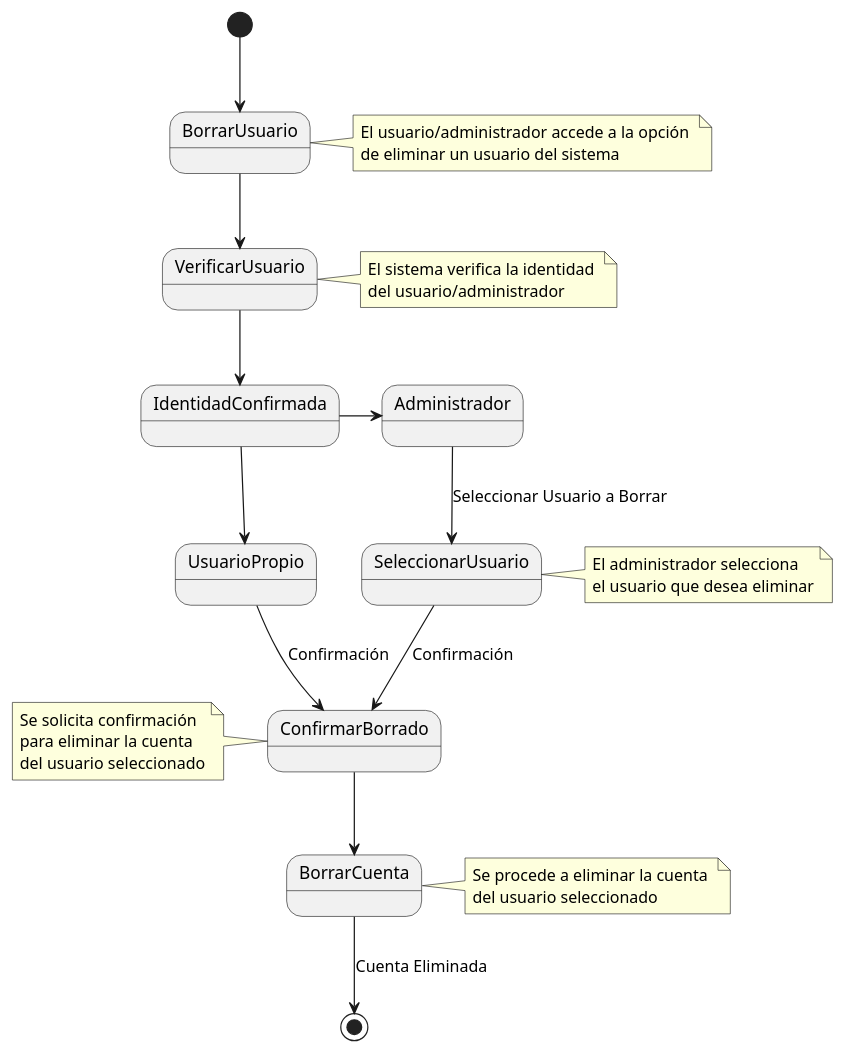
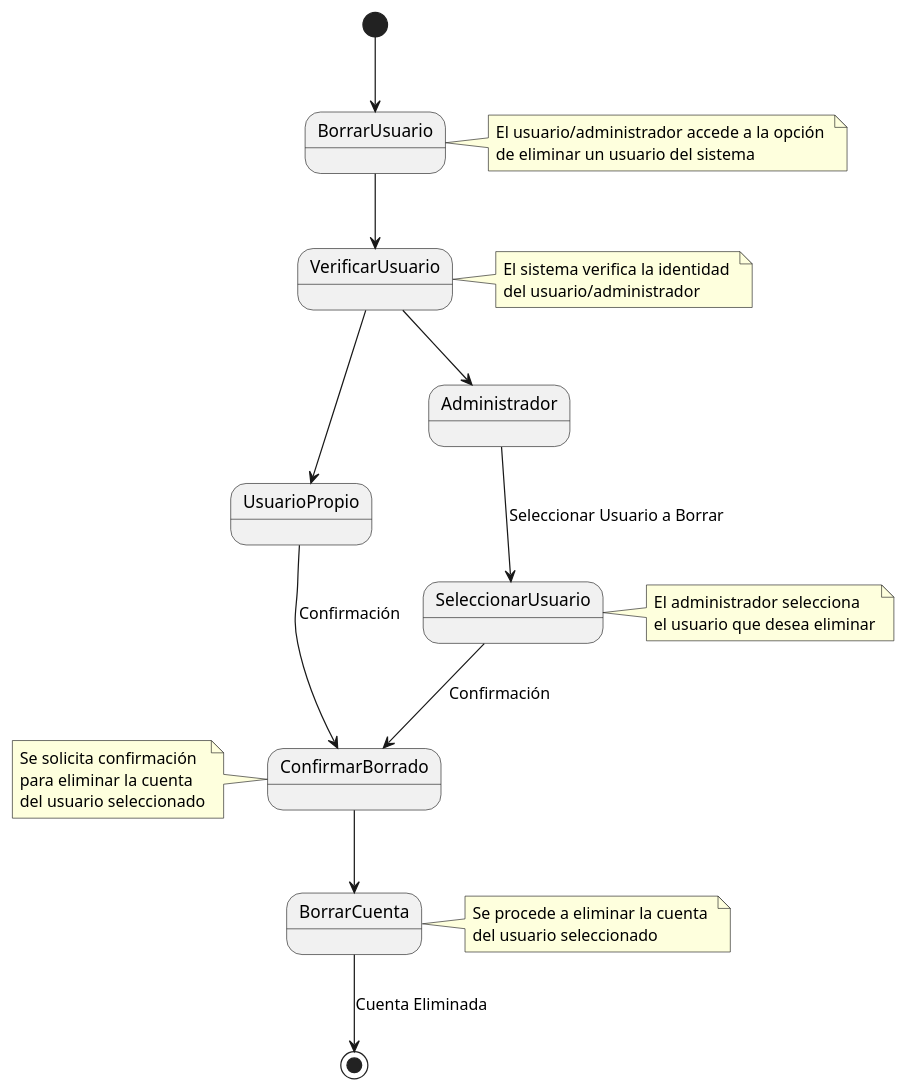
Before and after one commit to pablarce/23-24-IdSw1-SDR: the diagram in CasosDeUso/CduDetallados/CduUsuarios/BorrarUsuario.puml, drawn with PlantUML. The commit also changed 1 other file, not shown here.

Commit message:
.svg del Cdu BorrarUsuario & update .puml

```diff
--- a/CasosDeUso/CduDetallados/CduUsuarios/BorrarUsuario.puml
+++ b/CasosDeUso/CduDetallados/CduUsuarios/BorrarUsuario.puml
@@ -1,44 +1,43 @@
 @startuml
 
 [*] --> BorrarUsuario
 note right of BorrarUsuario
  El usuario/administrador accede a la opción 
  de eliminar un usuario del sistema
 end note
 
 BorrarUsuario --> VerificarUsuario
 note right of VerificarUsuario
  El sistema verifica la identidad 
  del usuario/administrador
 end note
 
-VerificarUsuario --> IdentidadConfirmada
 
-IdentidadConfirmada --> UsuarioPropio
-IdentidadConfirmada -> Administrador
+VerificarUsuario --> UsuarioPropio
+VerificarUsuario --> Administrador
 
 UsuarioPropio --> ConfirmarBorrado : Confirmación
 
 
 Administrador --> SeleccionarUsuario : Seleccionar Usuario a Borrar
 note right of SeleccionarUsuario
  El administrador selecciona 
  el usuario que desea eliminar
 end note
 
 SeleccionarUsuario --> ConfirmarBorrado : Confirmación
 note left of ConfirmarBorrado
  Se solicita confirmación 
  para eliminar la cuenta 
  del usuario seleccionado
 end note
 
 ConfirmarBorrado --> BorrarCuenta
 note right of BorrarCuenta
  Se procede a eliminar la cuenta 
  del usuario seleccionado
 end note
 
 BorrarCuenta --> [*] : Cuenta Eliminada
 
 @enduml
```
